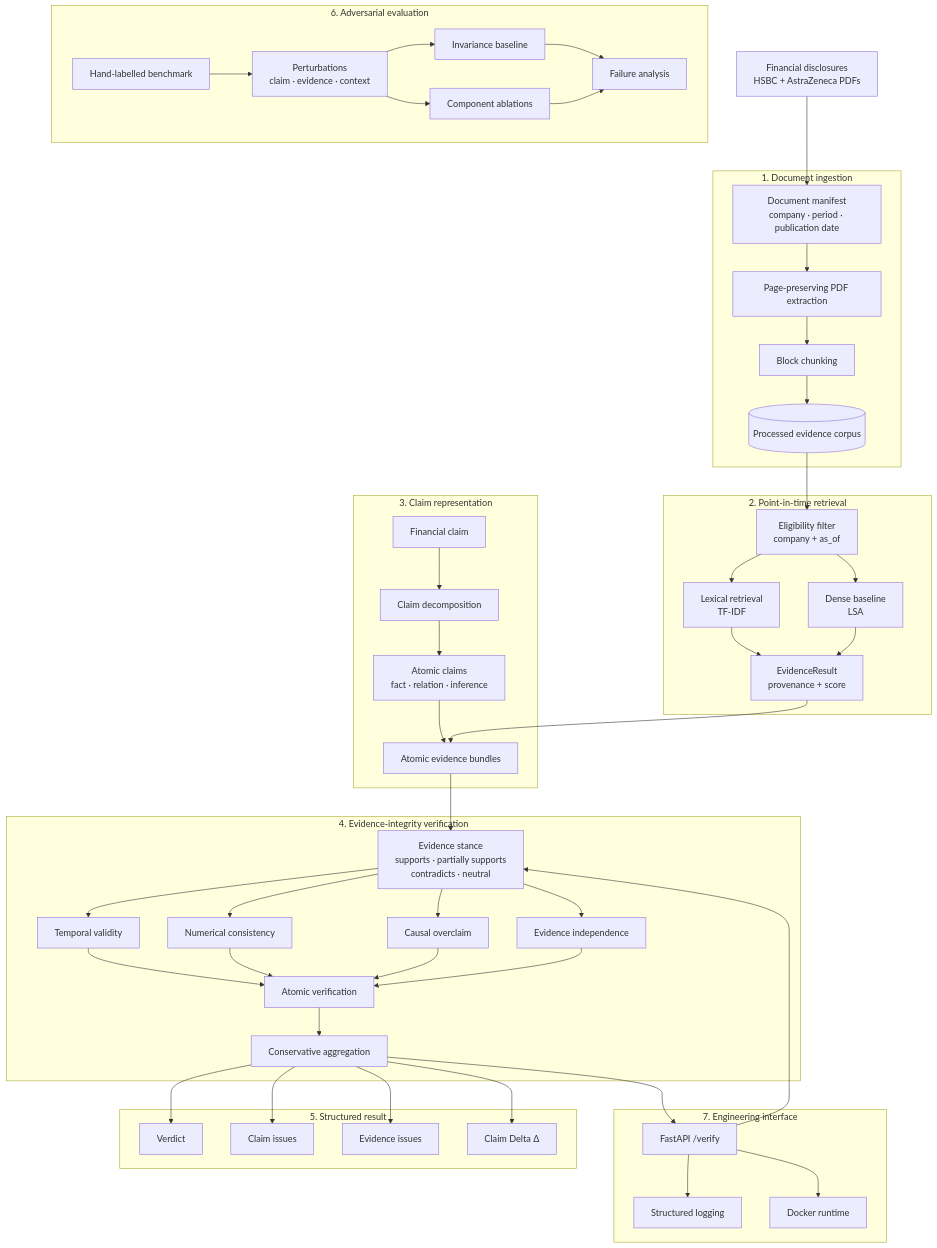
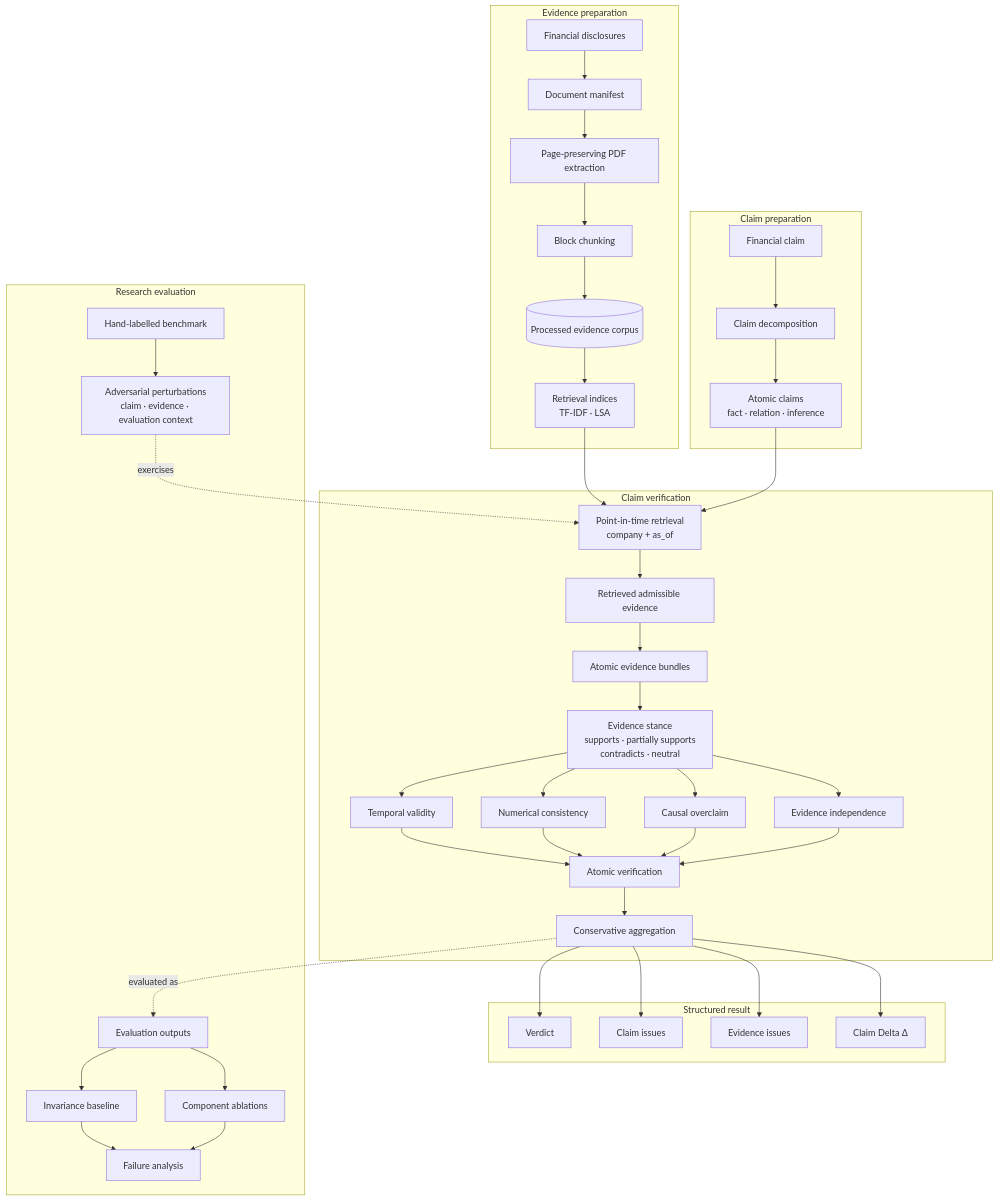
The diagram in README.md (lyndalastra/nummaria-veritas), drawn with Mermaid before and after one commit. The commit also changed other lines of this file and 1 other file, not shown here.

````diff
--- a/README.md
+++ b/README.md
@@ -43,100 +41,78 @@
 ```mermaid
 flowchart TD
-    A[Financial disclosures<br/>HSBC + AstraZeneca PDFs]
 
-    subgraph INGESTION["1. Document ingestion"]
-        B[Document manifest<br/>company · period · publication date]
+    subgraph EVIDENCE["Evidence preparation"]
+        A[Financial disclosures]
+        B[Document manifest]
         C[Page-preserving PDF extraction]
         D[Block chunking]
         E[(Processed evidence corpus)]
+        F[Retrieval indices<br/>TF-IDF · LSA]
+
+        A --> B --> C --> D --> E --> F
     end
 
-    subgraph RETRIEVAL["2. Point-in-time retrieval"]
-        F[Eligibility filter<br/>company + as_of]
-        G[Lexical retrieval<br/>TF-IDF]
-        H[Dense baseline<br/>LSA]
-        I[EvidenceResult<br/>provenance + score]
+    subgraph CLAIM["Claim preparation"]
+        G[Financial claim]
+        H[Claim decomposition]
+        I[Atomic claims<br/>fact · relation · inference]
+
+        G --> H --> I
     end
 
-    subgraph CLAIMS["3. Claim representation"]
-        J[Financial claim]
-        K[Claim decomposition]
-        L[Atomic claims<br/>fact · relation · inference]
-        M[Atomic evidence bundles]
+    F --> J
+    I --> J
+
+    subgraph VERIFY["Claim verification"]
+        J[Point-in-time retrieval<br/>company + as_of]
+        K[Retrieved admissible evidence]
+        L[Atomic evidence bundles]
+        M[Evidence stance<br/>supports · partially supports<br/>contradicts · neutral]
+
+        N[Temporal validity]
+        O[Numerical consistency]
+        P[Causal overclaim]
+        Q[Evidence independence]
+
+        R[Atomic verification]
+        S[Conservative aggregation]
+
+        J --> K --> L --> M
+
+        M --> N --> R
+        M --> O --> R
+        M --> P --> R
+        M --> Q --> R
+
+        R --> S
     end
 
-    subgraph VERIFICATION["4. Evidence-integrity verification"]
-        N[Evidence stance<br/>supports · partially supports<br/>contradicts · neutral]
-
-        O[Temporal validity]
-        P[Numerical consistency]
-        Q[Causal overclaim]
-        R[Evidence independence]
-
-        S[Atomic verification]
-        T[Conservative aggregation]
+    subgraph OUTPUT["Structured result"]
+        T[Verdict]
+        U[Claim issues]
+        V[Evidence issues]
+        W[Claim Delta Δ]
     end
 
-    subgraph OUTPUT["5. Structured result"]
-        U[Verdict]
-        V[Claim issues]
-        W[Evidence issues]
-        X[Claim Delta Δ]
-    end
+    S --> T
+    S --> U
+    S --> V
+    S --> W
 
-    subgraph EVALUATION["6. Adversarial evaluation"]
-        Y[Hand-labelled benchmark]
-        Z[Perturbations<br/>claim · evidence · context]
+    subgraph EVALUATION["Research evaluation"]
+        X[Hand-labelled benchmark]
+        Y[Adversarial perturbations<br/>claim · evidence · evaluation context]
+        Z[Evaluation outputs]
         AA[Invariance baseline]
         AB[Component ablations]
         AC[Failure analysis]
+
+        X --> Y
+        Y -. exercises .-> J
+        S -. evaluated as .-> Z
+        Z --> AA
+        Z --> AB
+        AA --> AC
+        AB --> AC
     end
-
-    subgraph SERVICE["7. Engineering interface"]
-        AD[FastAPI /verify]
-        AE[Structured logging]
-        AF[Docker runtime]
-    end
-
-    A --> B --> C --> D --> E
-
-    E --> F
-    F --> G
-    F --> H
-    G --> I
-    H --> I
-
-    J --> K --> L
-    I --> M
-    L --> M
-
-    M --> N
-
-    N --> O
-    N --> P
-    N --> Q
-    N --> R
-
-    O --> S
-    P --> S
-    Q --> S
-    R --> S
-
-    S --> T
-
-    T --> U
-    T --> V
-    T --> W
-    T --> X
-
-    Y --> Z
-    Z --> AA
-    Z --> AB
-    AA --> AC
-    AB --> AC
-
-    AD --> N
-    T --> AD
-    AD --> AE
-    AD --> AF
 ```
````
